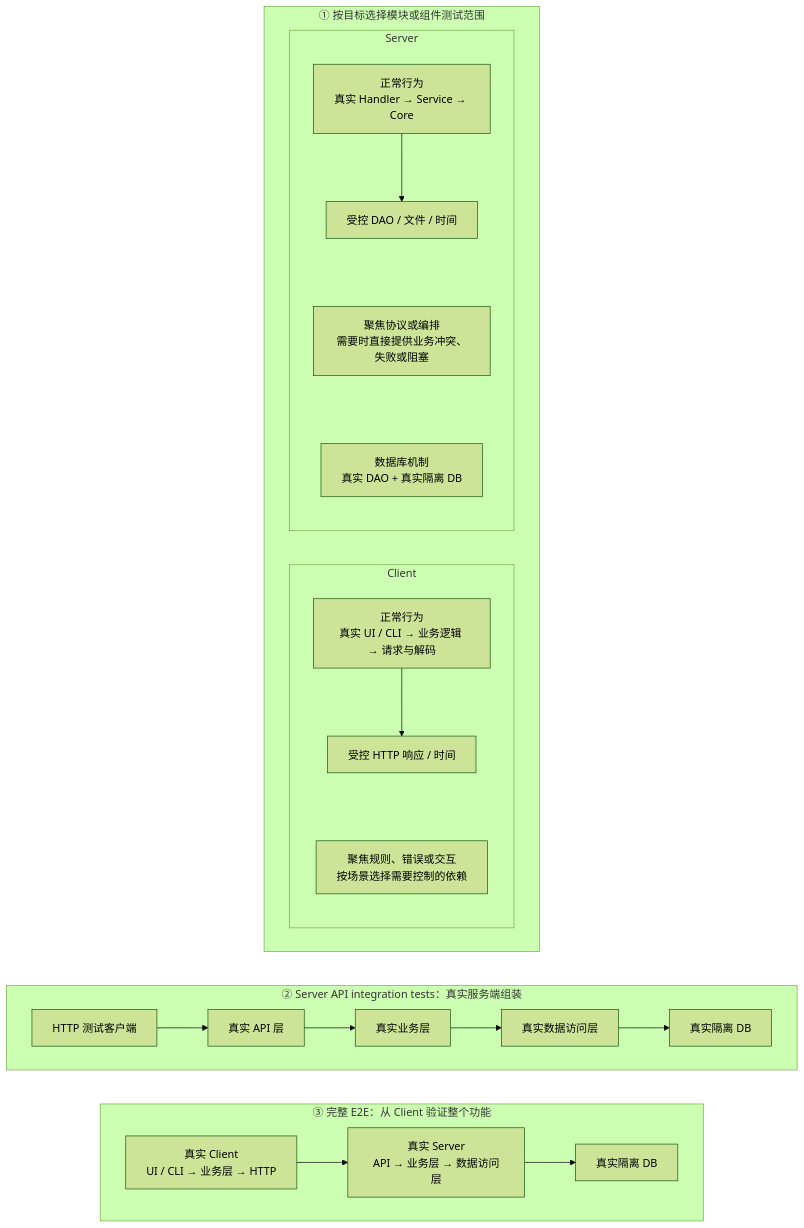
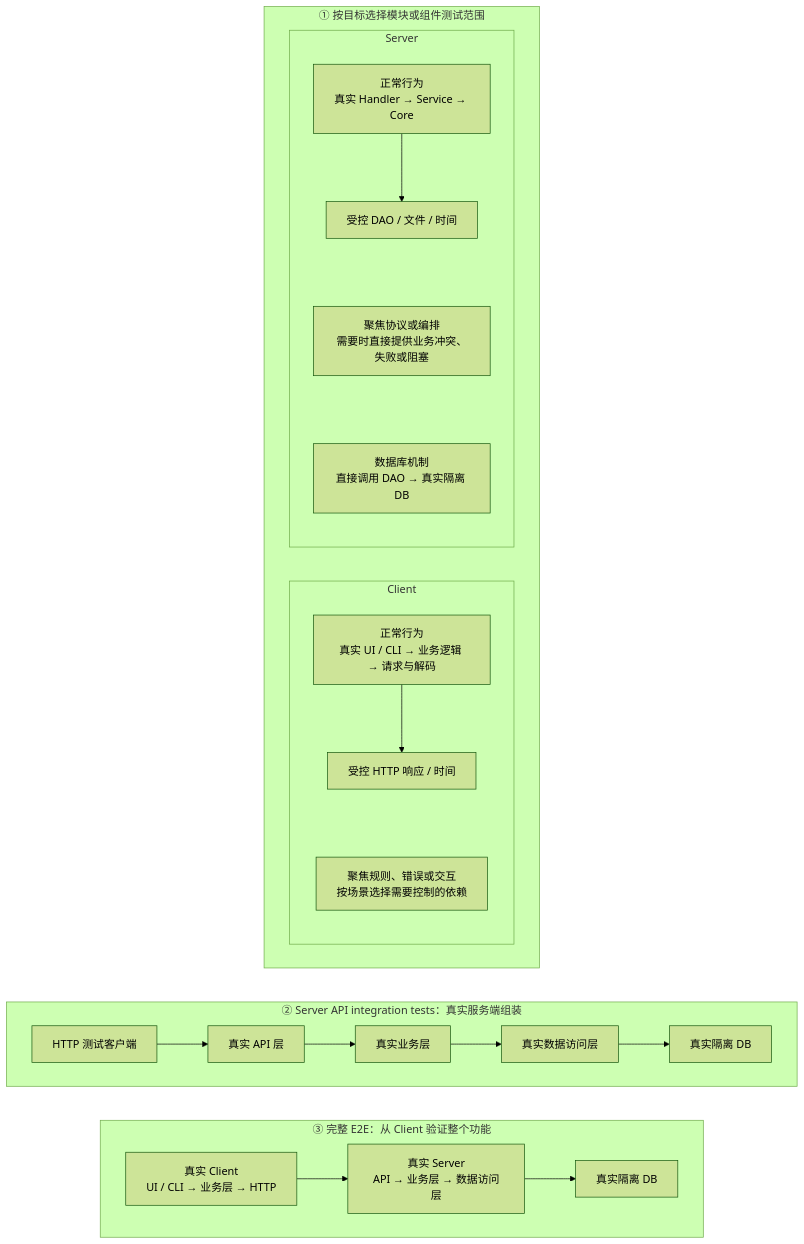
One commit to codetrek/agents changed the diagram in skills/write-layered-tests/references/client-server.md. Above: the diagram before and after it, drawn with Mermaid (forest theme). The commit also changed other lines of this file and 1 other file, not shown here.

````diff
--- a/skills/write-layered-tests/references/client-server.md
+++ b/skills/write-layered-tests/references/client-server.md
@@ -5,41 +5,41 @@
 ```mermaid
 flowchart TB
     subgraph Modules["① 按目标选择模块或组件测试范围"]
         direction LR
         subgraph Client["Client"]
             direction TB
             C0["正常行为<br/>真实 UI / CLI → 业务逻辑 → 请求与解码"]
             C1["受控 HTTP 响应 / 时间"]
             C2["聚焦规则、错误或交互<br/>按场景选择需要控制的依赖"]
             C0 --> C1
             C1 ~~~ C2
         end
         subgraph Server["Server"]
             direction TB
             S0["正常行为<br/>真实 Handler → Service → Core"]
             S1["受控 DAO / 文件 / 时间"]
             S2["聚焦协议或编排<br/>需要时直接提供业务冲突、失败或阻塞"]
-            S3["数据库机制<br/>真实 DAO + 真实隔离 DB"]
+            S3["数据库机制<br/>直接调用 DAO → 真实隔离 DB"]
             S0 --> S1
             S1 ~~~ S2
             S2 ~~~ S3
         end
     end
 
     subgraph Integration["② Server API integration tests：真实服务端组装"]
         direction LR
         I0["HTTP 测试客户端"] --> I1["真实 API 层"]
         I1 --> I2["真实业务层"]
         I2 --> I3["真实数据访问层"]
         I3 --> I4["真实隔离 DB"]
     end
 
     subgraph EndToEnd["③ 完整 E2E：从 Client 验证整个功能"]
         direction LR
         E0["真实 Client<br/>UI / CLI → 业务层 → HTTP"] --> E1["真实 Server<br/>API → 业务层 → 数据访问层"]
         E1 --> E2["真实隔离 DB"]
     end
 
     Modules ~~~ Integration
     Integration ~~~ EndToEnd
 ```
````
